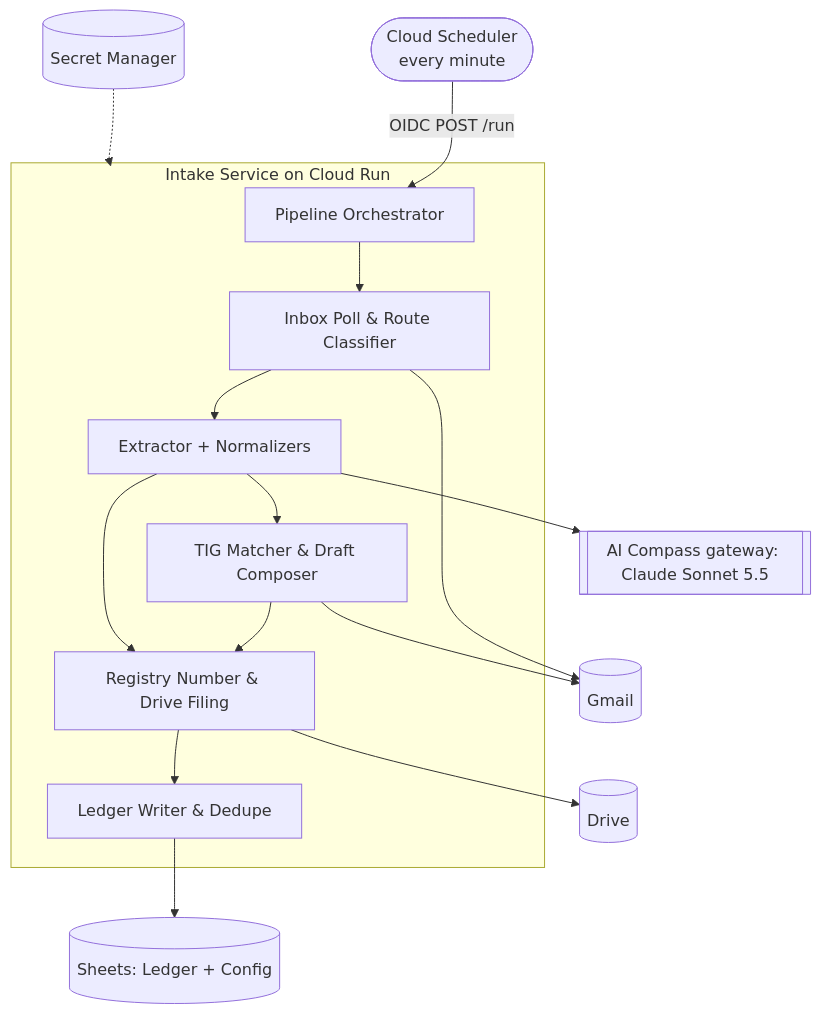
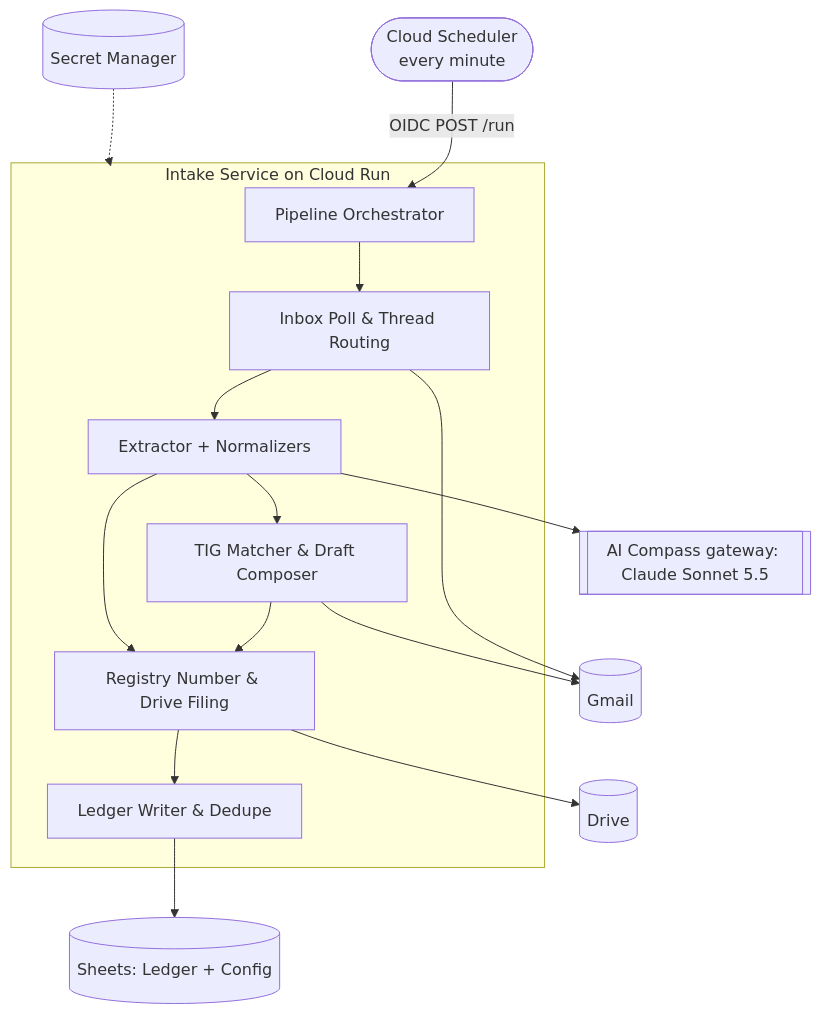
Before and after one commit to Adigolyo/invoice-processing: the diagram in README.md, drawn with Mermaid. The commit also changed other lines of this file and 20 other files, not shown here.

First line of the commit message:
feat: route by thread only; remove contractor_identifiers

````diff
--- a/README.md
+++ b/README.md
@@ -43,21 +43,21 @@
 ```mermaid
 flowchart TB
     Scheduler([Cloud Scheduler<br/>every minute]) -->|OIDC POST /run| Orchestrator
     subgraph Run[Intake Service on Cloud Run]
         Orchestrator[Pipeline Orchestrator]
-        Classify[Inbox Poll & Route Classifier]
+        Classify[Inbox Poll & Thread Routing]
         Extract[Extractor + Normalizers]
         Reconcile[TIG Matcher & Draft Composer]
         Registry[Registry Number & Drive Filing]
         Ledger[Ledger Writer & Dedupe]
         Orchestrator --> Classify --> Extract
         Extract --> Reconcile --> Registry
         Extract --> Registry --> Ledger
     end
     Classify --> Gmail[(Gmail)]
     Reconcile --> Gmail
     Extract --> Compass[[AI Compass gateway: Claude Sonnet 5.5]]
     Registry --> Drive[(Drive)]
     Ledger --> Sheets[(Sheets: Ledger + Config)]
     Secrets[(Secret Manager)] -.-> Run
 ```
````
